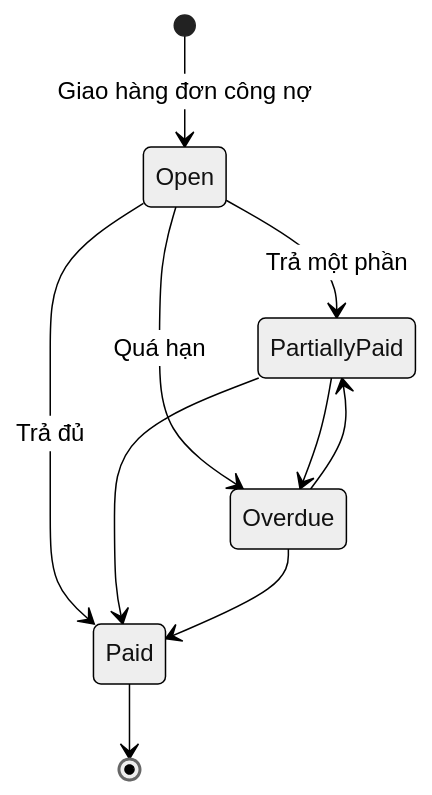
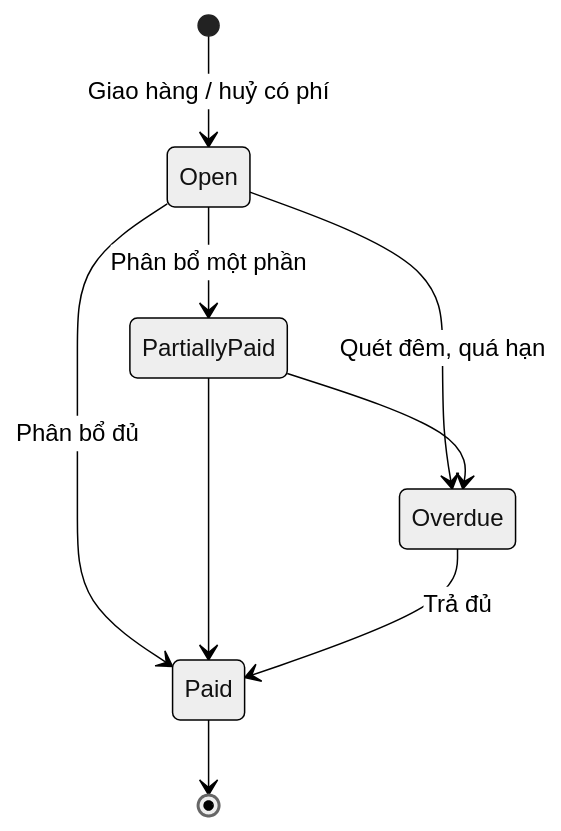
One commit to KLTN-FA26/docs changed the diagram in docs/ecommerce/15-payment/README.md. Above: the diagram before and after it, drawn with Mermaid (neutral theme). The commit also changed other lines of this file and 8 other files, not shown here.

````diff
--- a/docs/ecommerce/15-payment/README.md
+++ b/docs/ecommerce/15-payment/README.md
@@ -138,12 +189,11 @@
 ```mermaid
 stateDiagram-v2
-    [*] --> Open: Giao hàng đơn công nợ
-    Open --> PartiallyPaid: Trả một phần
-    Open --> Paid: Trả đủ
-    Open --> Overdue: Quá hạn
+    [*] --> Open: Giao hàng / huỷ có phí
+    Open --> PartiallyPaid: Phân bổ một phần
+    Open --> Paid: Phân bổ đủ
+    Open --> Overdue: Quét đêm, quá hạn
     PartiallyPaid --> Paid
     PartiallyPaid --> Overdue
-    Overdue --> PartiallyPaid
-    Overdue --> Paid
+    Overdue --> Paid: Trả đủ
     Paid --> [*]
 ```
````
